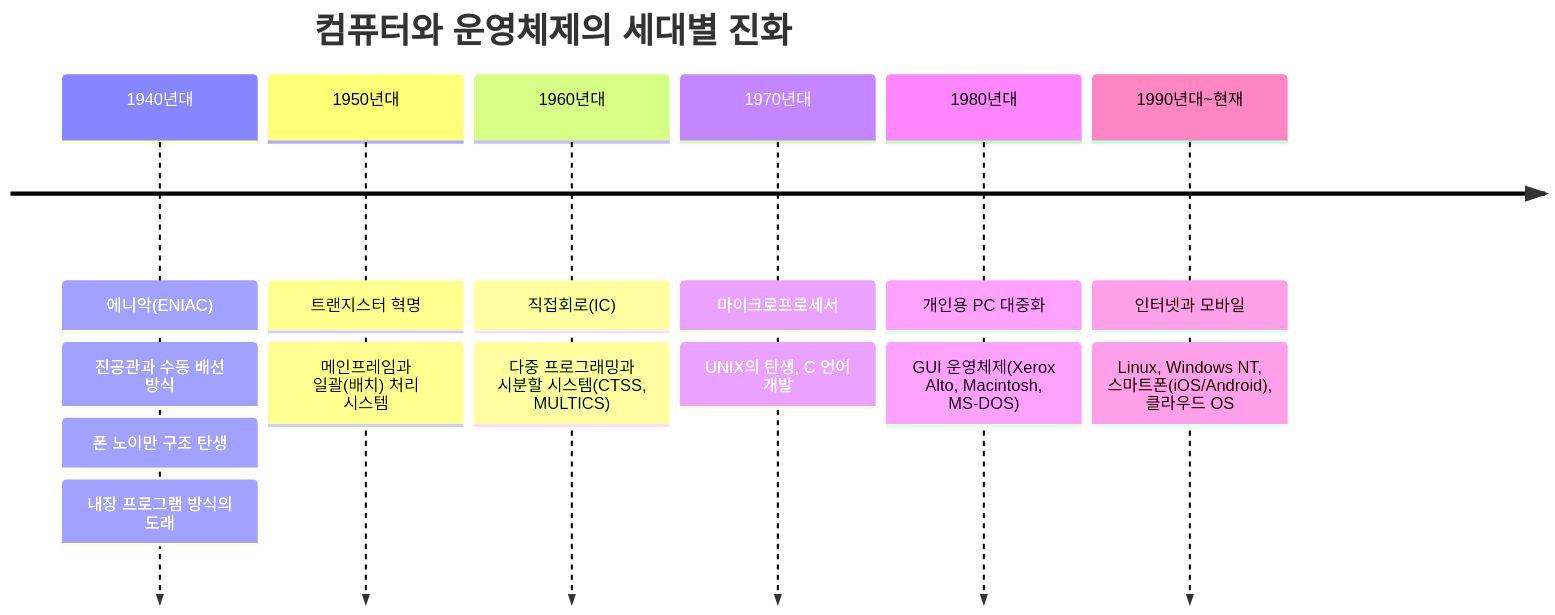
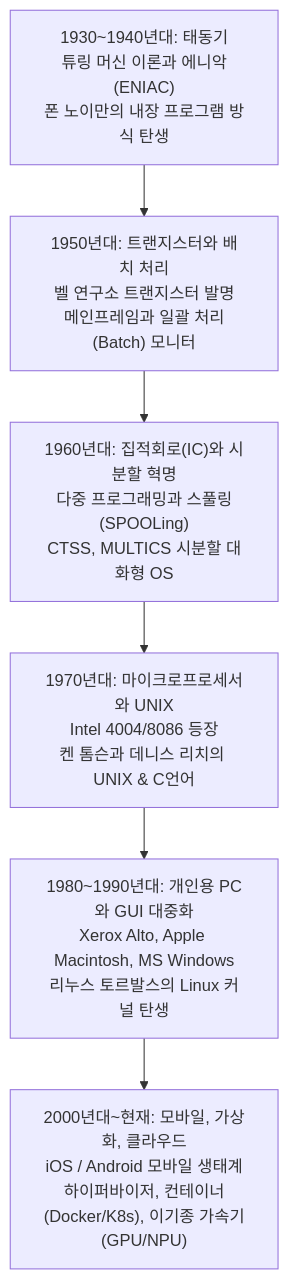
Before and after one commit to keimania/tech-notes: the first of 13 diagrams in 06_컴퓨터_구조와_운영체제.md, drawn with Mermaid. The commit also changed other lines of this file and 12 other files, not shown here.

````diff
--- a/06_컴퓨터_구조와_운영체제.md
+++ b/06_컴퓨터_구조와_운영체제.md
@@ -27,11 +28,11 @@
 ```mermaid
-timeline
-    title 컴퓨터와 운영체제의 세대별 진화
-    1940년대 : 에니악(ENIAC) : 진공관과 수동 배선 방식
-            : 폰 노이만 구조 탄생 : 내장 프로그램 방식의 도래
-    1950년대 : 트랜지스터 혁명 : 메인프레임과 일괄(배치) 처리 시스템
-    1960년대 : 직접회로(IC) : 다중 프로그래밍과 시분할 시스템(CTSS, MULTICS)
-    1970년대 : 마이크로프로세서 : UNIX의 탄생, C 언어 개발
-    1980년대 : 개인용 PC 대중화 : GUI 운영체제(Xerox Alto, Macintosh, MS-DOS)
-    1990년대~현재 : 인터넷과 모바일 : Linux, Windows NT, 스마트폰(iOS/Android), 클라우드 OS
+flowchart TB
+    G1["1930~1940년대: 태동기<br>튜링 머신 이론과 에니악(ENIAC)<br>폰 노이만의 내장 프로그램 방식 탄생"]
+    G2["1950년대: 트랜지스터와 배치 처리<br>벨 연구소 트랜지스터 발명<br>메인프레임과 일괄 처리(Batch) 모니터"]
+    G3["1960년대: 집적회로(IC)와 시분할 혁명<br>다중 프로그래밍과 스풀링(SPOOLing)<br>CTSS, MULTICS 시분할 대화형 OS"]
+    G4["1970년대: 마이크로프로세서와 UNIX<br>Intel 4004/8086 등장<br>켄 톰슨과 데니스 리치의 UNIX & C언어"]
+    G5["1980~1990년대: 개인용 PC와 GUI 대중화<br>Xerox Alto, Apple Macintosh, MS Windows<br>리누스 토르발스의 Linux 커널 탄생"]
+    G6["2000년대~현재: 모바일, 가상화, 클라우드<br>iOS / Android 모바일 생태계<br>하이퍼바이저, 컨테이너(Docker/K8s), 이기종 가속기(GPU/NPU)"]
+
+    G1 --> G2 --> G3 --> G4 --> G5 --> G6
 ```
````
